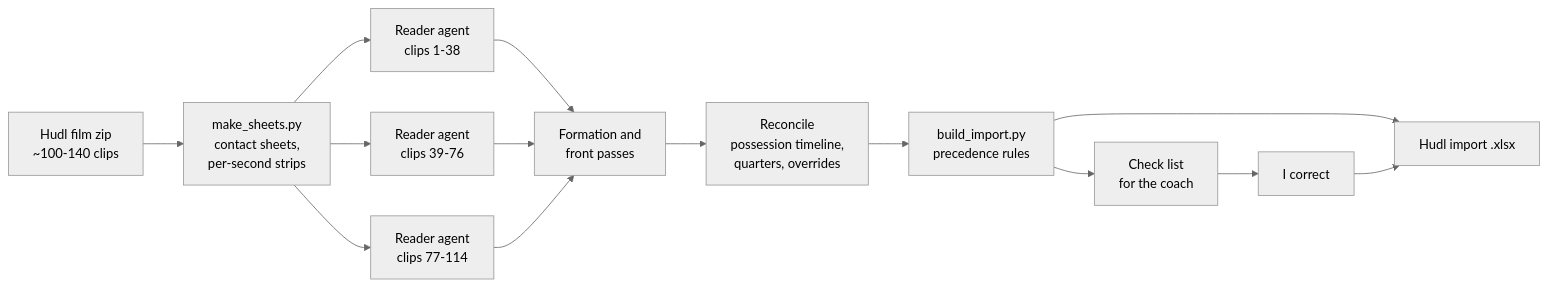
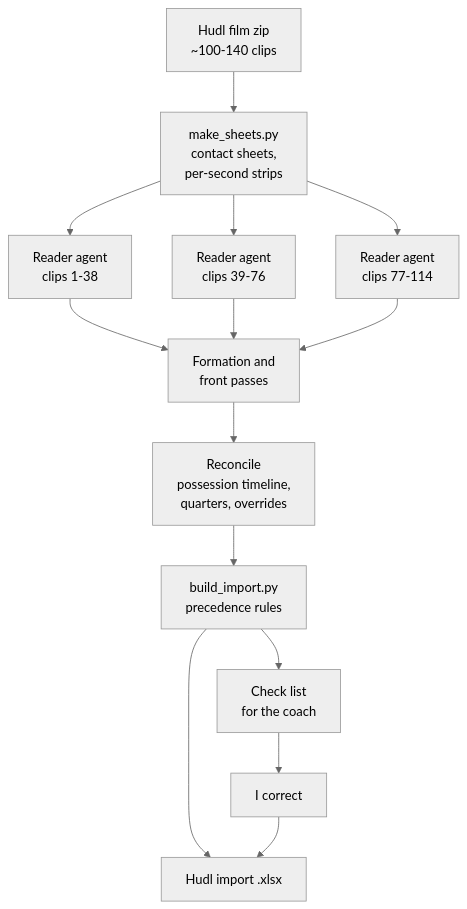
Before and after one commit to jgkallas7/ai-film-breakdown: the diagram in README.md, drawn with Mermaid (neutral theme).

Commit message:
README: top-down pipeline diagram
Claude-Session: https://claude.ai/code/session_01FWw1n2m3RXWuupEWfQw9Aw

````diff
--- a/README.md
+++ b/README.md
@@ -19,13 +19,13 @@
 ```mermaid
-flowchart LR
+flowchart TD
     Z[Hudl film zip<br/>~100-140 clips] --> S[make_sheets.py<br/>contact sheets,<br/>per-second strips]
     S --> R1[Reader agent<br/>clips 1-38]
     S --> R2[Reader agent<br/>clips 39-76]
     S --> R3[Reader agent<br/>clips 77-114]
     R1 & R2 & R3 --> F[Formation and<br/>front passes]
     F --> C[Reconcile<br/>possession timeline,<br/>quarters, overrides]
     C --> B[build_import.py<br/>precedence rules]
     B --> X[Hudl import .xlsx]
     B --> L[Check list<br/>for the coach]
     L --> K[I correct] --> X
 ```
````
